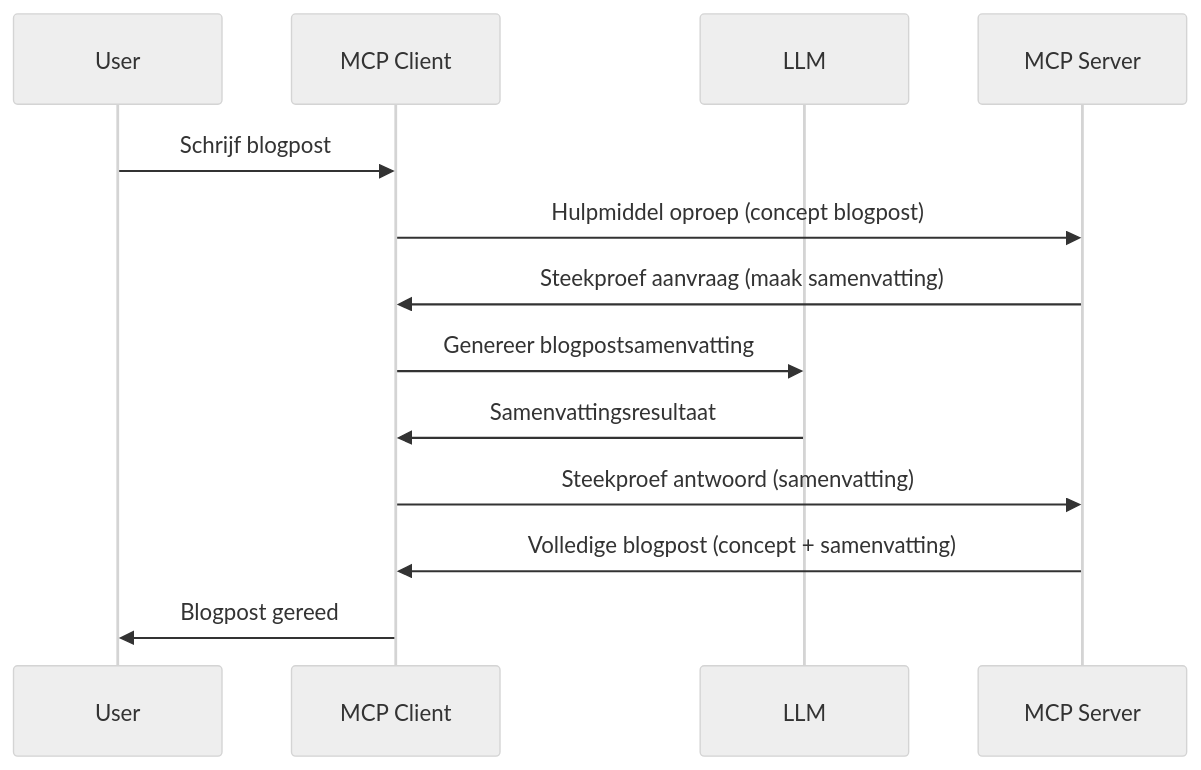
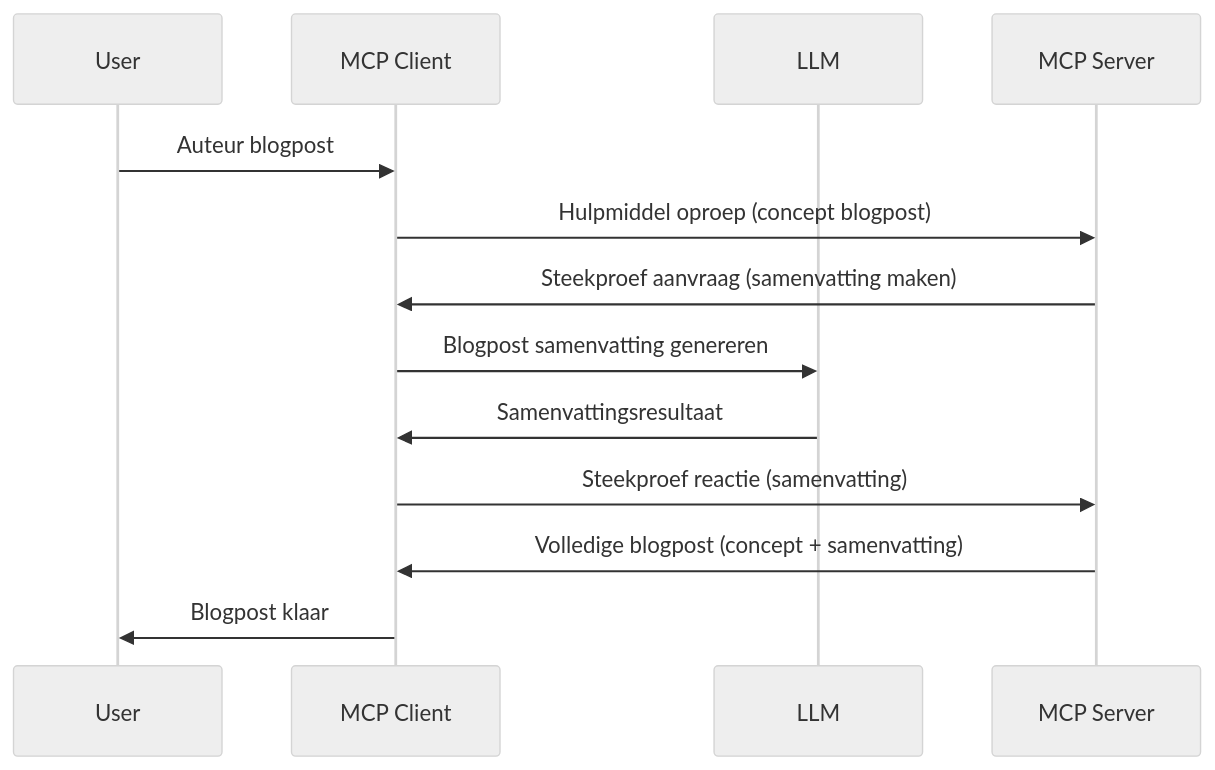
Before and after one commit to HIDORAKAI002/ai-workspace-archive: the diagram in mcp_ecosystem__model_context_protocol/mcp_learning_resources/mcp-for-beginners/translations/nl/03-GettingStarted/14-sampling/README.md, drawn with Mermaid (neutral theme). The commit also changed other lines of this file and 5721 other files, not shown here.

Commit message:
chore(sync): update MCP Python SDK, MCP TypeScript SDK, Supabase MCP, Kubernetes MCP Server, Git MCP, MCP Agent, Awesome ChatGPT Prompts, Langfuse, +62 more

````diff
--- a/mcp_ecosystem__model_context_protocol/mcp_learning_resources/mcp-for-beginners/translations/nl/03-GettingStarted/14-sampling/README.md
+++ b/mcp_ecosystem__model_context_protocol/mcp_learning_resources/mcp-for-beginners/translations/nl/03-GettingStarted/14-sampling/README.md
@@ -25,16 +27,16 @@
 ```mermaid
 sequenceDiagram
     participant User
     participant MCP Client
     participant LLM
     participant MCP Server
 
-    User->>MCP Client: Schrijf blogpost
+    User->>MCP Client: Auteur blogpost
     MCP Client->>MCP Server: Hulpmiddel oproep (concept blogpost)
-    MCP Server->>MCP Client: Steekproef aanvraag (maak samenvatting)
-    MCP Client->>LLM: Genereer blogpostsamenvatting
+    MCP Server->>MCP Client: Steekproef aanvraag (samenvatting maken)
+    MCP Client->>LLM: Blogpost samenvatting genereren
     LLM->>MCP Client: Samenvattingsresultaat
-    MCP Client->>MCP Server: Steekproef antwoord (samenvatting)
+    MCP Client->>MCP Server: Steekproef reactie (samenvatting)
     MCP Server->>MCP Client: Volledige blogpost (concept + samenvatting)
-    MCP Client->>User: Blogpost gereed
+    MCP Client->>User: Blogpost klaar
 ```
````
